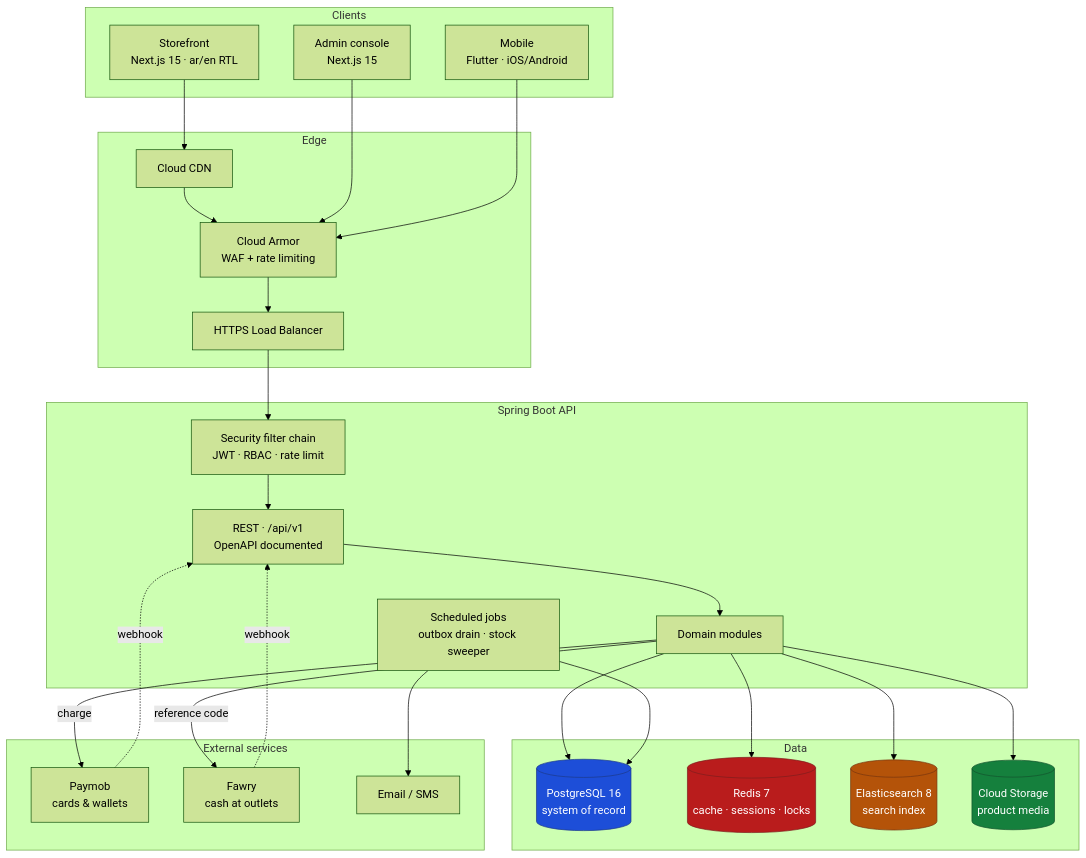
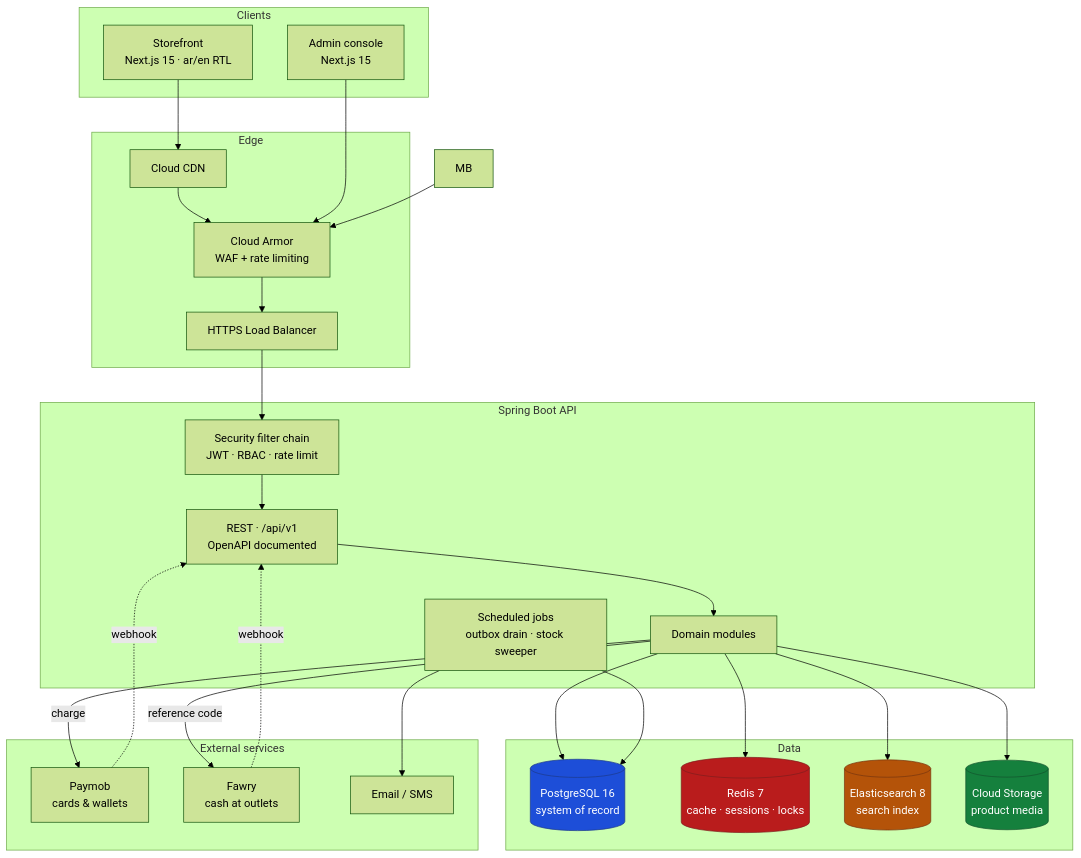
One commit to ahmedselimmansor-ctrl/Eshop-E-Comerce-NEXT.JS-Spring-Boot changed the first of 18 diagrams in README.md. Above: the diagram before and after it, drawn with Mermaid (forest theme). The commit also changed other lines of this file and 55 other files, not shown here.

First line of the commit message:
Remove the Flutter mobile app and all of its wiring

````diff
--- a/README.md
+++ b/README.md
@@ -51,56 +50,55 @@
 ```mermaid
 flowchart TB
     subgraph clients [Clients]
         SF["Storefront<br/>Next.js 15 · ar/en RTL"]
         AD["Admin console<br/>Next.js 15"]
-        MB["Mobile<br/>Flutter · iOS/Android"]
     end
 
     subgraph edge [Edge]
         CDN["Cloud CDN"]
         ARMOR["Cloud Armor<br/>WAF + rate limiting"]
         LB["HTTPS Load Balancer"]
     end
 
     subgraph api [Spring Boot API]
         REST["REST · /api/v1<br/>OpenAPI documented"]
         SEC["Security filter chain<br/>JWT · RBAC · rate limit"]
         DOM["Domain modules"]
         JOBS["Scheduled jobs<br/>outbox drain · stock sweeper"]
     end
 
     subgraph data [Data]
         PG[("PostgreSQL 16<br/>system of record")]
         RD[("Redis 7<br/>cache · sessions · locks")]
         ES[("Elasticsearch 8<br/>search index")]
         GCS[("Cloud Storage<br/>product media")]
     end
 
     subgraph external [External services]
         PM["Paymob<br/>cards & wallets"]
         FW["Fawry<br/>cash at outlets"]
         MAIL["Email / SMS"]
     end
 
     SF --> CDN --> ARMOR --> LB
     AD --> ARMOR
     MB --> ARMOR
     LB --> SEC --> REST --> DOM
 
     DOM --> PG
     DOM --> RD
     DOM --> ES
     DOM --> GCS
     JOBS --> PG
 
     DOM -->|"charge"| PM
     DOM -->|"reference code"| FW
     PM -.->|"webhook"| REST
     FW -.->|"webhook"| REST
     JOBS --> MAIL
 
     style PG fill:#1d4ed8,stroke:#1e3a8a,color:#ffffff
     style RD fill:#b91c1c,stroke:#7f1d1d,color:#ffffff
     style ES fill:#b45309,stroke:#78350f,color:#ffffff
     style GCS fill:#15803d,stroke:#14532d,color:#ffffff
 ```
````
